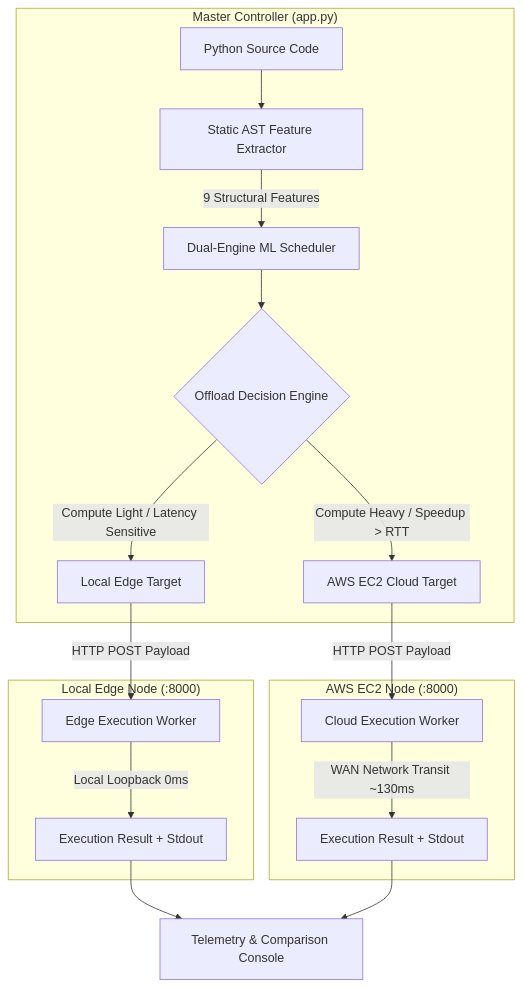
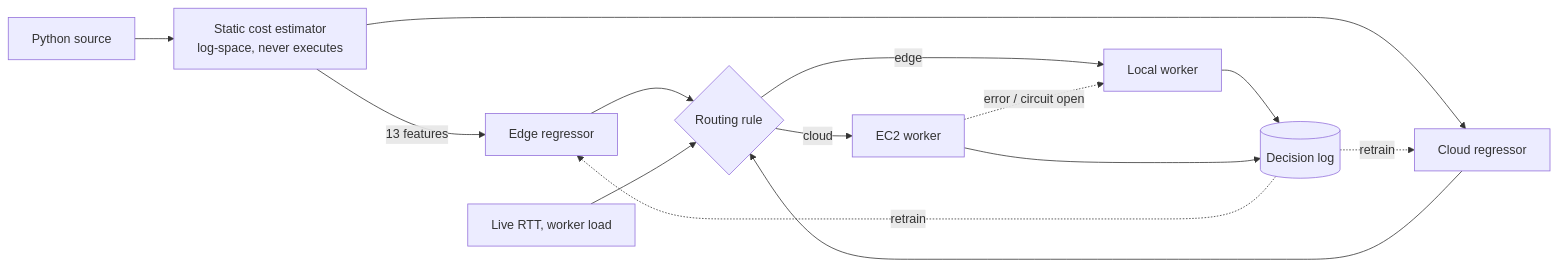
Before and after one commit to Adithya-109/ai-scheduler-aws: the diagram in README.md, drawn with Mermaid. The commit also changed other lines of this file and 50 other files, not shown here.

First line of the commit message:
Overhaul scheduler: secure worker, measured-only models, log-space extractor

````diff
--- a/README.md
+++ b/README.md
@@ -22,23 +33,16 @@
 ```mermaid
-flowchart TD
-    subgraph Client["Master Controller (app.py)"]
-        A[Python Source Code] --> B[Static AST Feature Extractor]
-        B -->|9 Structural Features| C[Dual-Engine ML Scheduler]
-        C --> D{Offload Decision Engine}
-        D -->|Compute Light / Latency Sensitive| E[Local Edge Target]
-        D -->|Compute Heavy / Speedup > RTT| F[AWS EC2 Cloud Target]
-    end
-
-    subgraph Edge["Local Edge Node (:8000)"]
-        E -->|HTTP POST Payload| G[Edge Execution Worker]
-        G -->|Local Loopback 0ms| H[Execution Result + Stdout]
-    end
-
-    subgraph Cloud["AWS EC2 Node (:8000)"]
-        F -->|HTTP POST Payload| I[Cloud Execution Worker]
-        I -->|WAN Network Transit ~130ms| J[Execution Result + Stdout]
-    end
-
-    H --> K[Telemetry & Comparison Console]
-    J --> K
+flowchart LR
+    A[Python source] --> B[Static cost estimator<br/>log-space, never executes]
+    B -->|13 features| C[Edge regressor]
+    B --> D[Cloud regressor]
+    C --> E{Routing rule}
+    D --> E
+    R[Live RTT, worker load] --> E
+    E -->|edge| F[Local worker]
+    E -->|cloud| G[EC2 worker]
+    G -.error / circuit open.-> F
+    F --> H[(Decision log)]
+    G --> H
+    H -.retrain.-> C
+    H -.retrain.-> D
 ```
````
